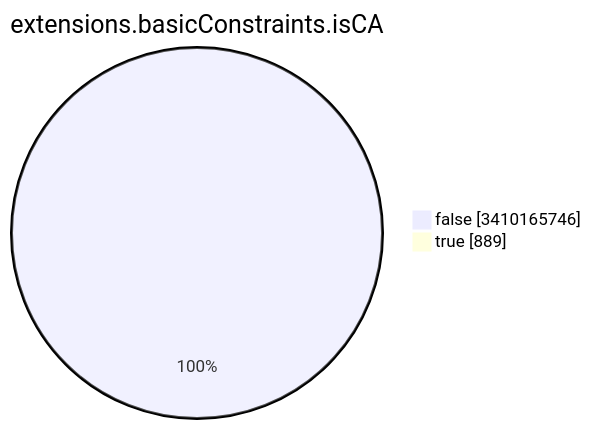
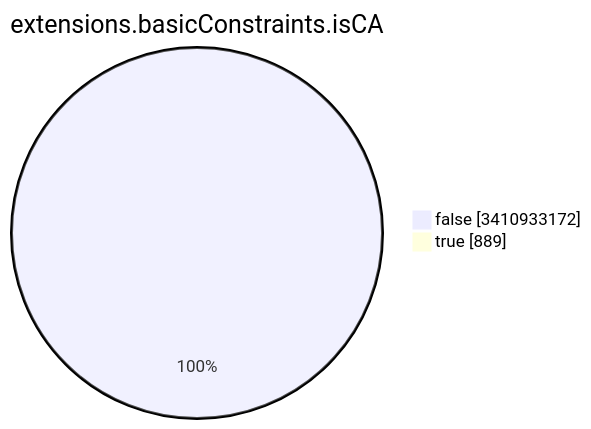
Before and after one commit to christiankrug/ctmonitor_visualization: the seventh of 15 diagrams in TOTAL/README.md, drawn with Mermaid. The commit also changed other lines of this file, not shown here.

````diff
--- a/TOTAL/README.md
+++ b/TOTAL/README.md
@@ -3092,6 +3092,6 @@
 ```mermaid
 pie showData
 title extensions.basicConstraints.isCA
-"false" :3410165746
+"false" :3410933172
 "true" :889
 ```
````
